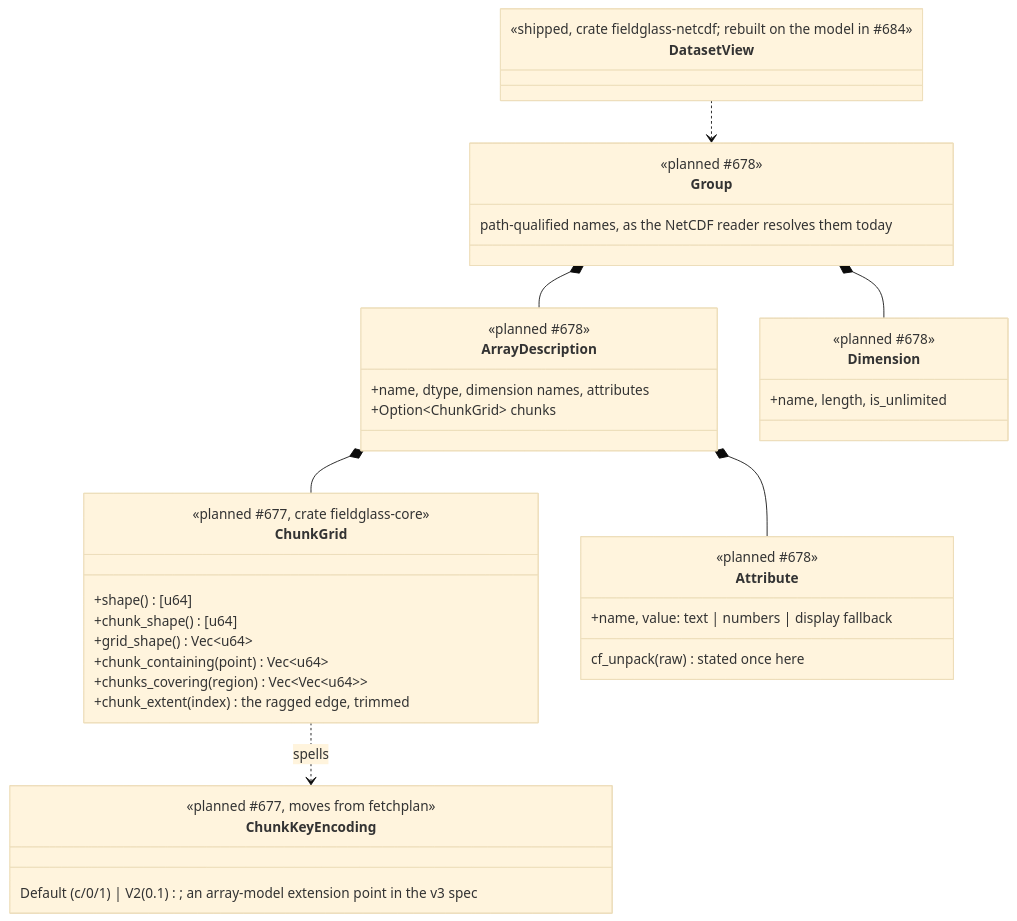
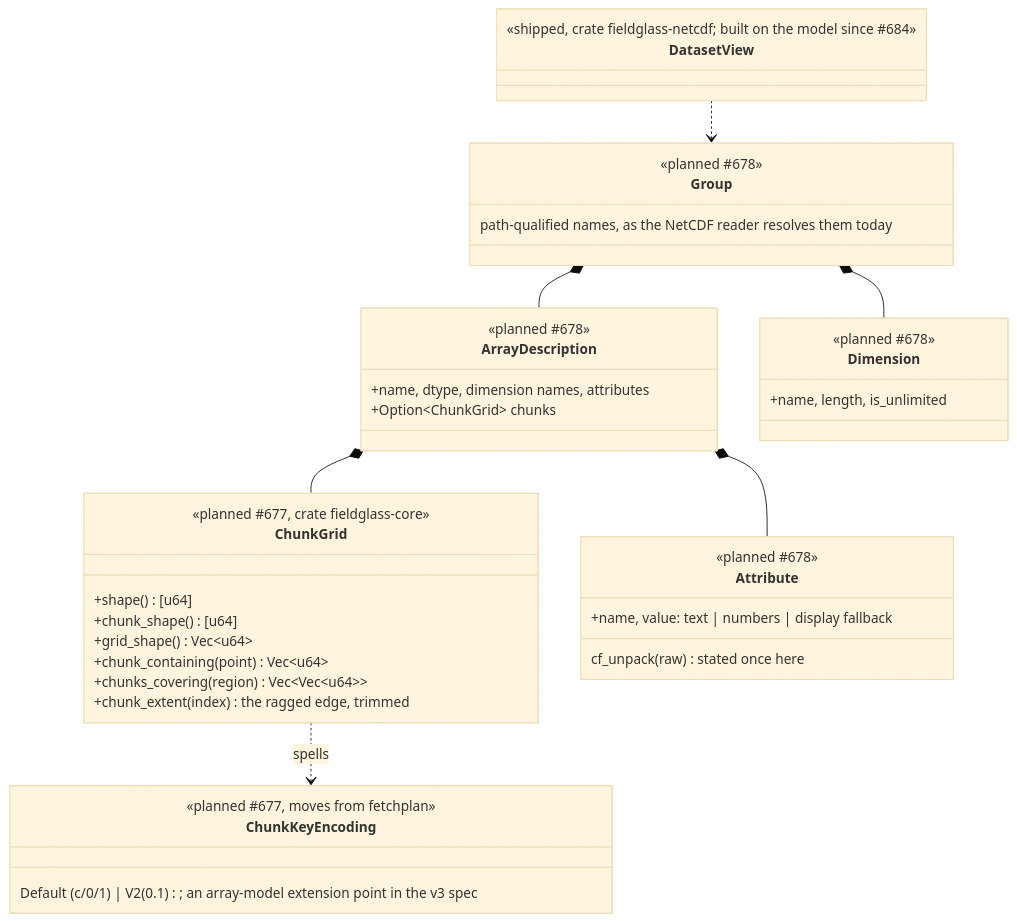
Before and after one commit to D0ubleD0uble/fieldglass: the second of 6 diagrams in docs/architecture/planned/02-trait-seams.md, drawn with Mermaid (base theme). The commit also changed 1 other file, not shown here.

Commit message:
docs(architecture): the NetCDF view is on the array model
#684 and #682 have both shipped, so the planned crate graph stops drawing
fieldglass-netcdf as planned and the trait-seams diagram says the view is
built on the model rather than will be.

Claude-Session: https://claude.ai/code/session_012rCs3XTmyWNsXnC6W5NSNF

````diff
--- a/docs/architecture/planned/02-trait-seams.md
+++ b/docs/architecture/planned/02-trait-seams.md
@@ -121,43 +121,43 @@
 ```mermaid
 classDiagram
     class ChunkGrid {
         <<planned #677, crate fieldglass-core>>
         +shape() [u64]
         +chunk_shape() [u64]
         +grid_shape() Vec~u64~
         +chunk_containing(point) Vec~u64~
         +chunks_covering(region) Vec~Vec~u64~~
         +chunk_extent(index) the ragged edge, trimmed
     }
     class ChunkKeyEncoding {
         <<planned #677, moves from fetchplan>>
         Default (c/0/1) | V2 (0.1); an array-model extension point in the v3 spec
     }
     class ArrayDescription {
         <<planned #678>>
         +name, dtype, dimension names, attributes
         +Option~ChunkGrid~ chunks
     }
     class Dimension {
         <<planned #678>>
         +name, length, is_unlimited
     }
     class Attribute {
         <<planned #678>>
         +name, value: text | numbers | display fallback
         cf_unpack(raw) stated once here
     }
     class Group {
         <<planned #678>>
         path-qualified names, as the NetCDF reader resolves them today
     }
     ChunkGrid ..> ChunkKeyEncoding : spells
     ArrayDescription *-- ChunkGrid
     ArrayDescription *-- Attribute
     Group *-- ArrayDescription
     Group *-- Dimension
     class DatasetView {
-        <<shipped, crate fieldglass-netcdf; rebuilt on the model in #684>>
+        <<shipped, crate fieldglass-netcdf; built on the model since #684>>
     }
     DatasetView ..> Group
 ```
````
